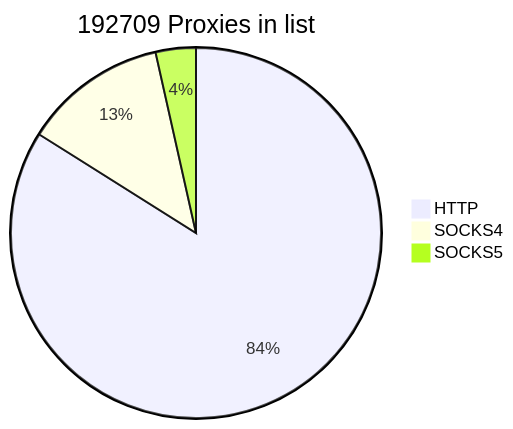
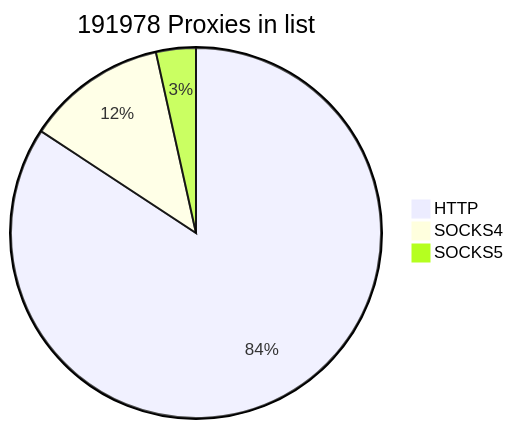
The first of 2 diagrams in README.md (cutipu/proxylist), drawn with Mermaid before and after one commit. The commit also changed other lines of this file, not shown here.

````diff
--- a/README.md
+++ b/README.md
@@ -2,7 +2,7 @@
 ```mermaid
-pie title 192709 Proxies in list
+pie title 191978 Proxies in list
     "HTTP" : 161749
-    "SOCKS4" : 24201
-    "SOCKS5" : 6759
+    "SOCKS4" : 23559
+    "SOCKS5" : 6670
             
 ```
````
